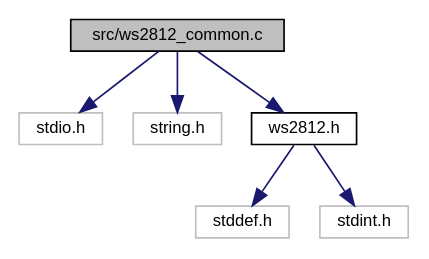
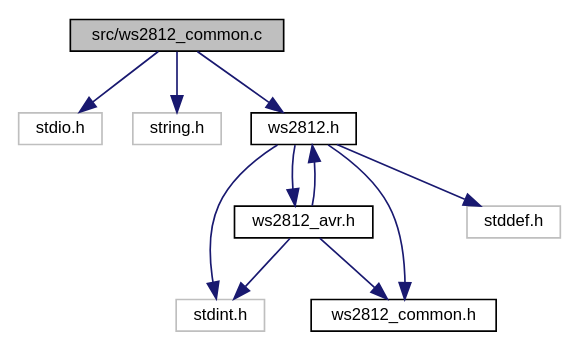
The diagram in docs/ws2812__common_8c__incl.dot (CTXz/TinyWS2812), drawn with Graphviz before and after one commit. The commit also changed 97 other files, not shown here.

```diff
--- a/docs/ws2812__common_8c__incl.dot
+++ b/docs/ws2812__common_8c__incl.dot
@@ -1,17 +1,24 @@
 digraph "src/ws2812_common.c"
 {
  // LATEX_PDF_SIZE
   edge [fontname="Helvetica",fontsize="10",labelfontname="Helvetica",labelfontsize="10"];
   node [fontname="Helvetica",fontsize="10",shape=record];
   Node1 [label="src/ws2812_common.c",height=0.2,width=0.4,color="black", fillcolor="grey75", style="filled", fontcolor="black",tooltip="Common driver code shared accross all supported platforms."];
   Node1 -> Node2 [color="midnightblue",fontsize="10",style="solid",fontname="Helvetica"];
   Node2 [label="stdio.h",height=0.2,width=0.4,color="grey75", fillcolor="white", style="filled",tooltip=" "];
   Node1 -> Node3 [color="midnightblue",fontsize="10",style="solid",fontname="Helvetica"];
   Node3 [label="string.h",height=0.2,width=0.4,color="grey75", fillcolor="white", style="filled",tooltip=" "];
   Node1 -> Node4 [color="midnightblue",fontsize="10",style="solid",fontname="Helvetica"];
   Node4 [label="ws2812.h",height=0.2,width=0.4,color="black", fillcolor="white", style="filled",URL="$ws2812_8h.html",tooltip="Exposes the Tiny-WS2812 driver interface."];
   Node4 -> Node5 [color="midnightblue",fontsize="10",style="solid",fontname="Helvetica"];
-  Node5 [label="stddef.h",height=0.2,width=0.4,color="grey75", fillcolor="white", style="filled",tooltip=" "];
+  Node5 [label="ws2812_avr.h",height=0.2,width=0.4,color="black", fillcolor="white", style="filled",URL="$ws2812__avr_8h.html",tooltip="Provides AVR platform specific definitions."];
+  Node5 -> Node6 [color="midnightblue",fontsize="10",style="solid",fontname="Helvetica"];
+  Node6 [label="stdint.h",height=0.2,width=0.4,color="grey75", fillcolor="white", style="filled",tooltip=" "];
+  Node5 -> Node7 [color="midnightblue",fontsize="10",style="solid",fontname="Helvetica"];
+  Node7 [label="ws2812_common.h",height=0.2,width=0.4,color="black", fillcolor="white", style="filled",URL="$ws2812__common_8h.html",tooltip="Definitions required by all platform specific headers."];
+  Node5 -> Node4 [color="midnightblue",fontsize="10",style="solid",fontname="Helvetica"];
+  Node4 -> Node8 [color="midnightblue",fontsize="10",style="solid",fontname="Helvetica"];
+  Node8 [label="stddef.h",height=0.2,width=0.4,color="grey75", fillcolor="white", style="filled",tooltip=" "];
   Node4 -> Node6 [color="midnightblue",fontsize="10",style="solid",fontname="Helvetica"];
-  Node6 [label="stdint.h",height=0.2,width=0.4,color="grey75", fillcolor="white", style="filled",tooltip=" "];
+  Node4 -> Node7 [color="midnightblue",fontsize="10",style="solid",fontname="Helvetica"];
 }
```
